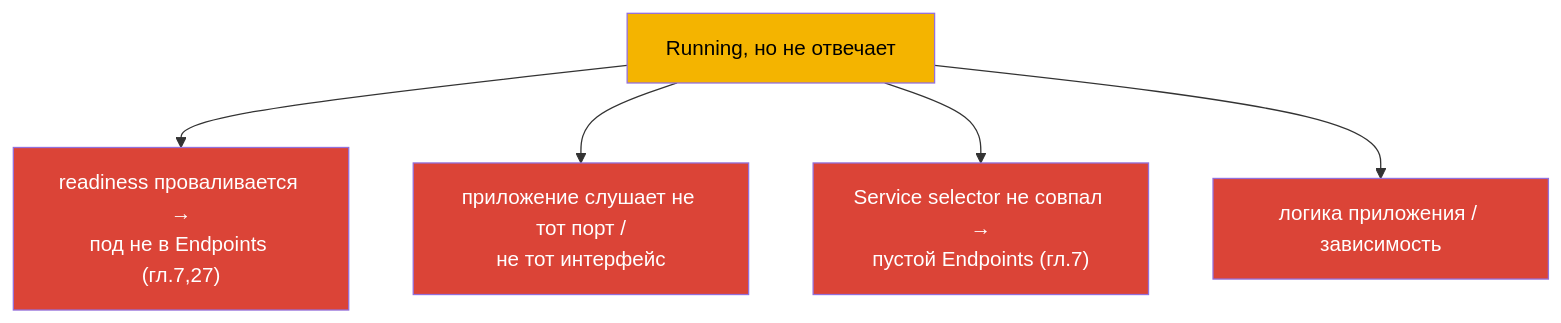
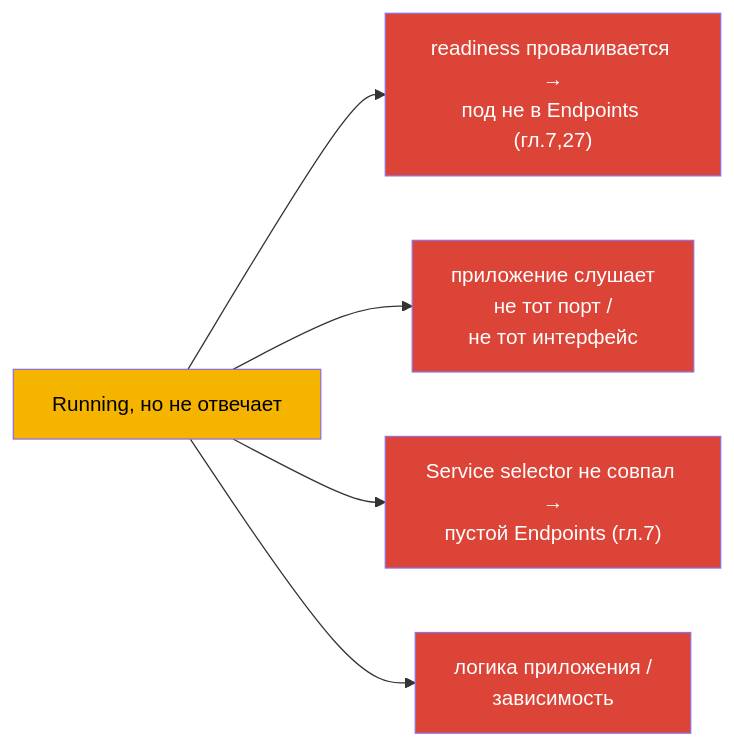
The sixth of 7 diagrams in tasks/cka/course/44/ru.md (ViktorUJ/cks), drawn with Mermaid before and after one commit. The commit also changed other lines of this file and 30 other files, not shown here.

````diff
--- a/tasks/cka/course/44/ru.md
+++ b/tasks/cka/course/44/ru.md
@@ -140,12 +140,12 @@
 ```mermaid
-flowchart TB
+flowchart LR
     run["Running, но не отвечает"] --> c1["readiness проваливается →<br>под не в Endpoints (гл.7,27)"]
-    run --> c2["приложение слушает не тот порт /<br>не тот интерфейс"]
+    run --> c2["приложение слушает<br>не тот порт /<br>не тот интерфейс"]
     run --> c3["Service selector не совпал →<br>пустой Endpoints (гл.7)"]
-    run --> c4["логика приложения / зависимость"]
+    run --> c4["логика приложения /<br>зависимость"]
     style run fill:#f4b400,color:#000
     style c1 fill:#db4437,color:#fff
     style c2 fill:#db4437,color:#fff
     style c3 fill:#db4437,color:#fff
     style c4 fill:#db4437,color:#fff
 ```
````
